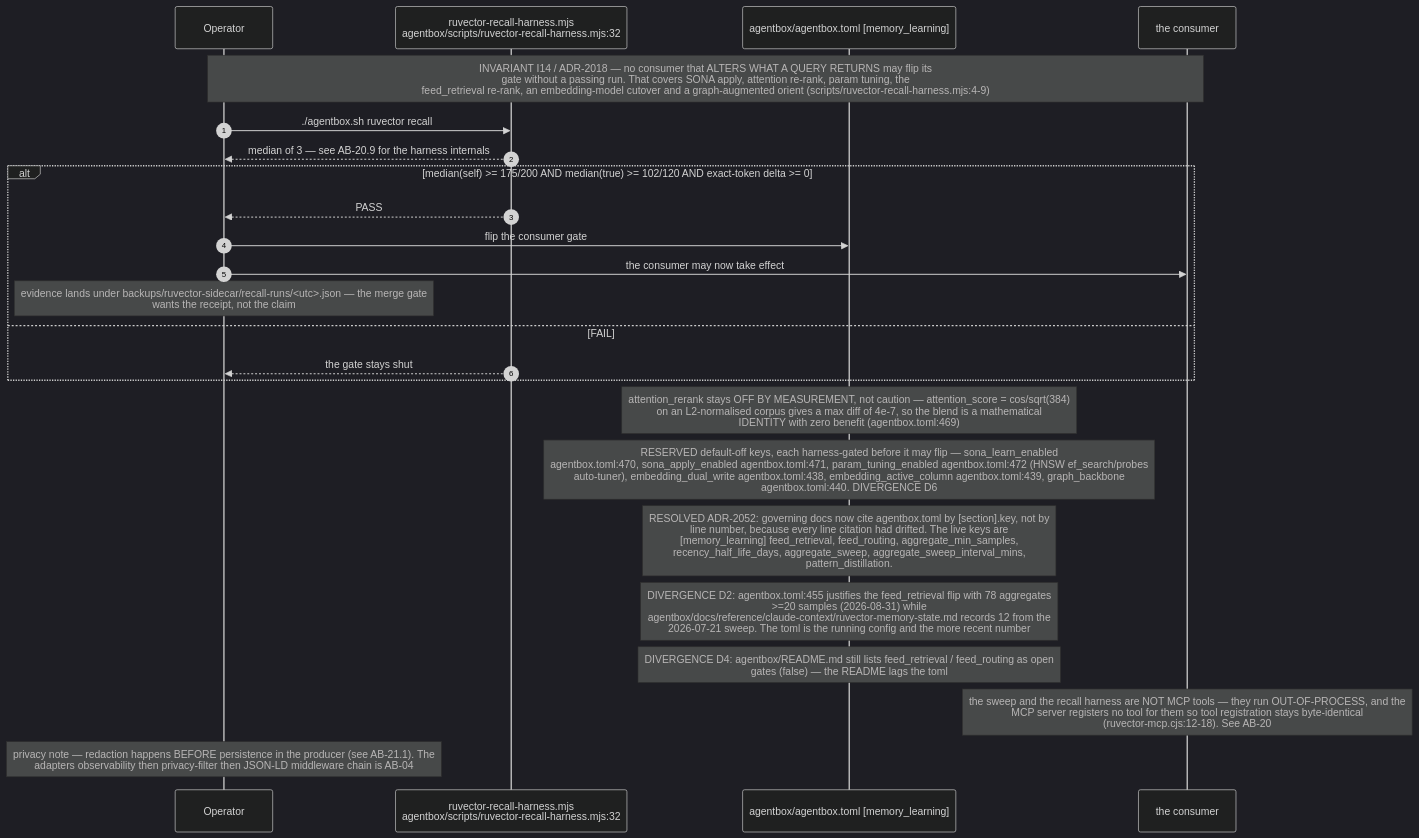
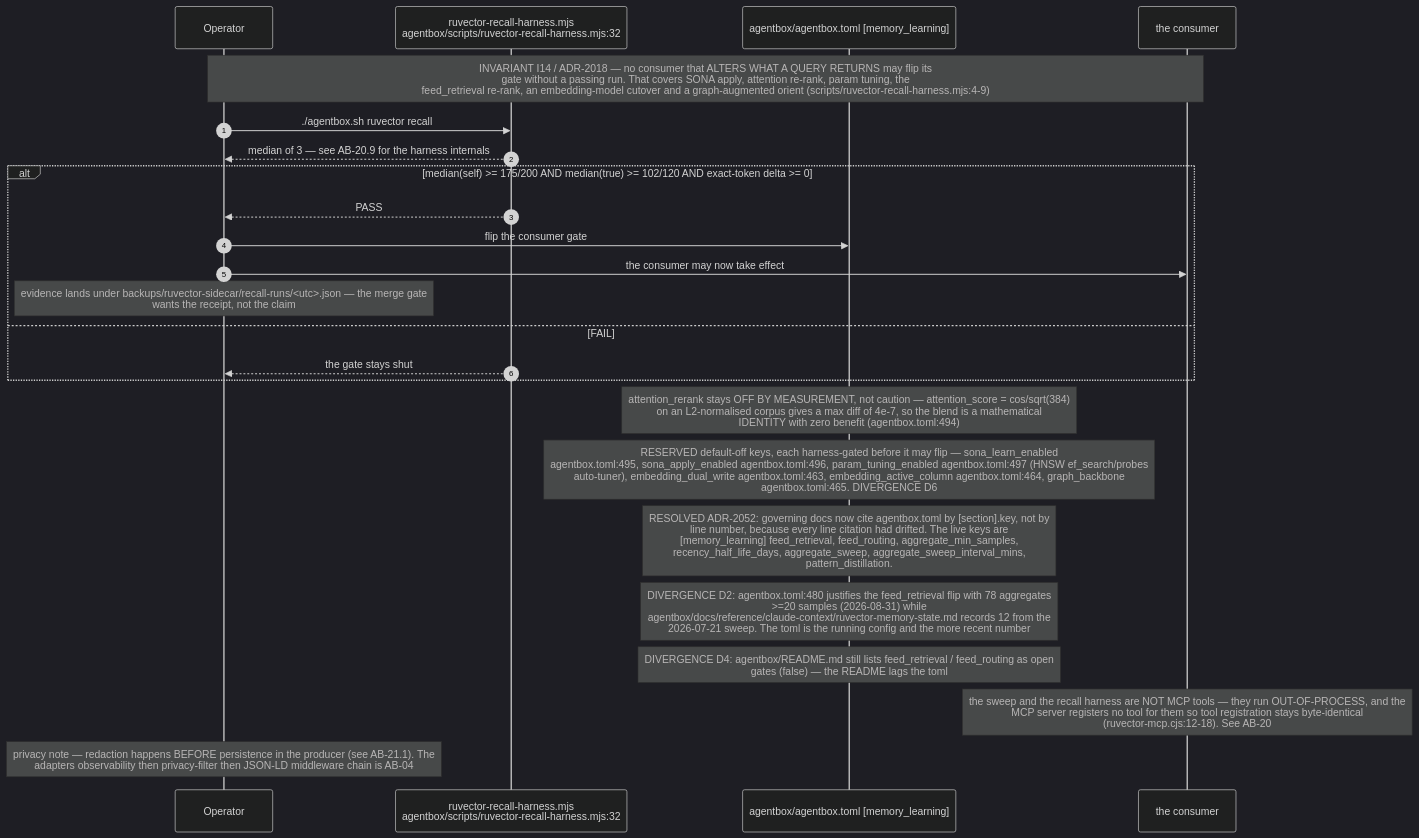
One commit to DreamLab-AI/VisionFlow changed the tenth of 10 diagrams in docs/diagrams/agentbox/21-learning-loop.md. Above: the diagram before and after it, drawn with Mermaid (dark theme). The commit also changed other lines of this file and 80 other files, not shown here.

First line of the commit message:
docs(diagrams): re-verify the agentbox, dreamlab, estate and visionflow corpus against current sources

````diff
--- a/docs/diagrams/agentbox/21-learning-loop.md
+++ b/docs/diagrams/agentbox/21-learning-loop.md
@@ -431,27 +431,27 @@
 ```mermaid
 sequenceDiagram
     autonumber
     participant OP as Operator
     participant H as ruvector-recall-harness.mjs<br/>agentbox/scripts/ruvector-recall-harness.mjs:32
     participant TOML as agentbox/agentbox.toml [memory_learning]
     participant CONS as the consumer
 
     Note over OP,CONS: INVARIANT I14 / ADR-2018 — no consumer that ALTERS WHAT A QUERY RETURNS may flip its<br/>gate without a passing run. That covers SONA apply, attention re-rank, param tuning, the<br/>feed_retrieval re-rank, an embedding-model cutover and a graph-augmented orient (scripts/ruvector-recall-harness.mjs:4-9)
     OP->>H: ./agentbox.sh ruvector recall
     H-->>OP: median of 3 — see AB-20.9 for the harness internals
     alt median(self) >= 175/200 AND median(true) >= 102/120 AND exact-token delta >= 0
         H-->>OP: PASS
         OP->>TOML: flip the consumer gate
         OP->>CONS: the consumer may now take effect
         Note over OP: evidence lands under backups/ruvector-sidecar/recall-runs/<utc>.json — the merge gate<br/>wants the receipt, not the claim
     else FAIL
         H-->>OP: the gate stays shut
     end
-    Note over TOML: attention_rerank stays OFF BY MEASUREMENT, not caution — attention_score = cos/sqrt(384)<br/>on an L2-normalised corpus gives a max diff of 4e-7, so the blend is a mathematical<br/>IDENTITY with zero benefit (agentbox.toml:469)
-    Note over TOML: RESERVED default-off keys, each harness-gated before it may flip — sona_learn_enabled<br/>agentbox.toml:470, sona_apply_enabled agentbox.toml:471, param_tuning_enabled agentbox.toml:472 (HNSW ef_search/probes<br/>auto-tuner), embedding_dual_write agentbox.toml:438, embedding_active_column agentbox.toml:439, graph_backbone<br/>agentbox.toml:440. DIVERGENCE D6
+    Note over TOML: attention_rerank stays OFF BY MEASUREMENT, not caution — attention_score = cos/sqrt(384)<br/>on an L2-normalised corpus gives a max diff of 4e-7, so the blend is a mathematical<br/>IDENTITY with zero benefit (agentbox.toml:494)
+    Note over TOML: RESERVED default-off keys, each harness-gated before it may flip — sona_learn_enabled<br/>agentbox.toml:495, sona_apply_enabled agentbox.toml:496, param_tuning_enabled agentbox.toml:497 (HNSW ef_search/probes<br/>auto-tuner), embedding_dual_write agentbox.toml:463, embedding_active_column agentbox.toml:464, graph_backbone<br/>agentbox.toml:465. DIVERGENCE D6
     Note over TOML: RESOLVED ADR-2052: governing docs now cite agentbox.toml by [section].key, not by<br/>line number, because every line citation had drifted. The live keys are<br/>[memory_learning] feed_retrieval, feed_routing, aggregate_min_samples,<br/>recency_half_life_days, aggregate_sweep, aggregate_sweep_interval_mins,<br/>pattern_distillation.
-    Note over TOML: DIVERGENCE D2: agentbox.toml:455 justifies the feed_retrieval flip with 78 aggregates<br/>>=20 samples (2026-08-31) while<br/>agentbox/docs/reference/claude-context/ruvector-memory-state.md records 12 from the<br/>2026-07-21 sweep. The toml is the running config and the more recent number
+    Note over TOML: DIVERGENCE D2: agentbox.toml:480 justifies the feed_retrieval flip with 78 aggregates<br/>>=20 samples (2026-08-31) while<br/>agentbox/docs/reference/claude-context/ruvector-memory-state.md records 12 from the<br/>2026-07-21 sweep. The toml is the running config and the more recent number
     Note over TOML: DIVERGENCE D4: agentbox/README.md still lists feed_retrieval / feed_routing as open<br/>gates (false) — the README lags the toml
     Note over CONS: the sweep and the recall harness are NOT MCP tools — they run OUT-OF-PROCESS, and the<br/>MCP server registers no tool for them so tool registration stays byte-identical<br/>(ruvector-mcp.cjs:12-18). See AB-20
     Note over OP: privacy note — redaction happens BEFORE persistence in the producer (see AB-21.1). The<br/>adapters observability then privacy-filter then JSON-LD middleware chain is AB-04
 ```
````
